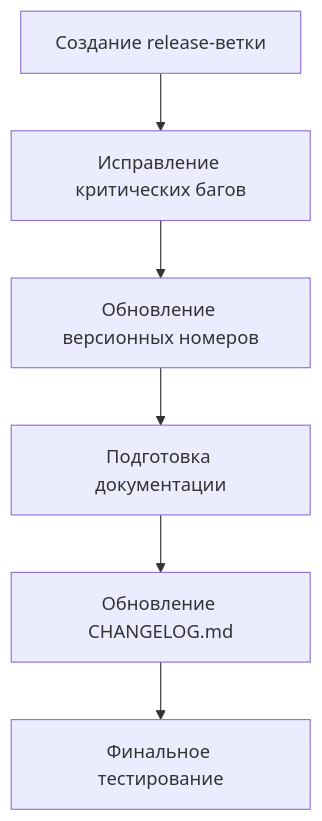
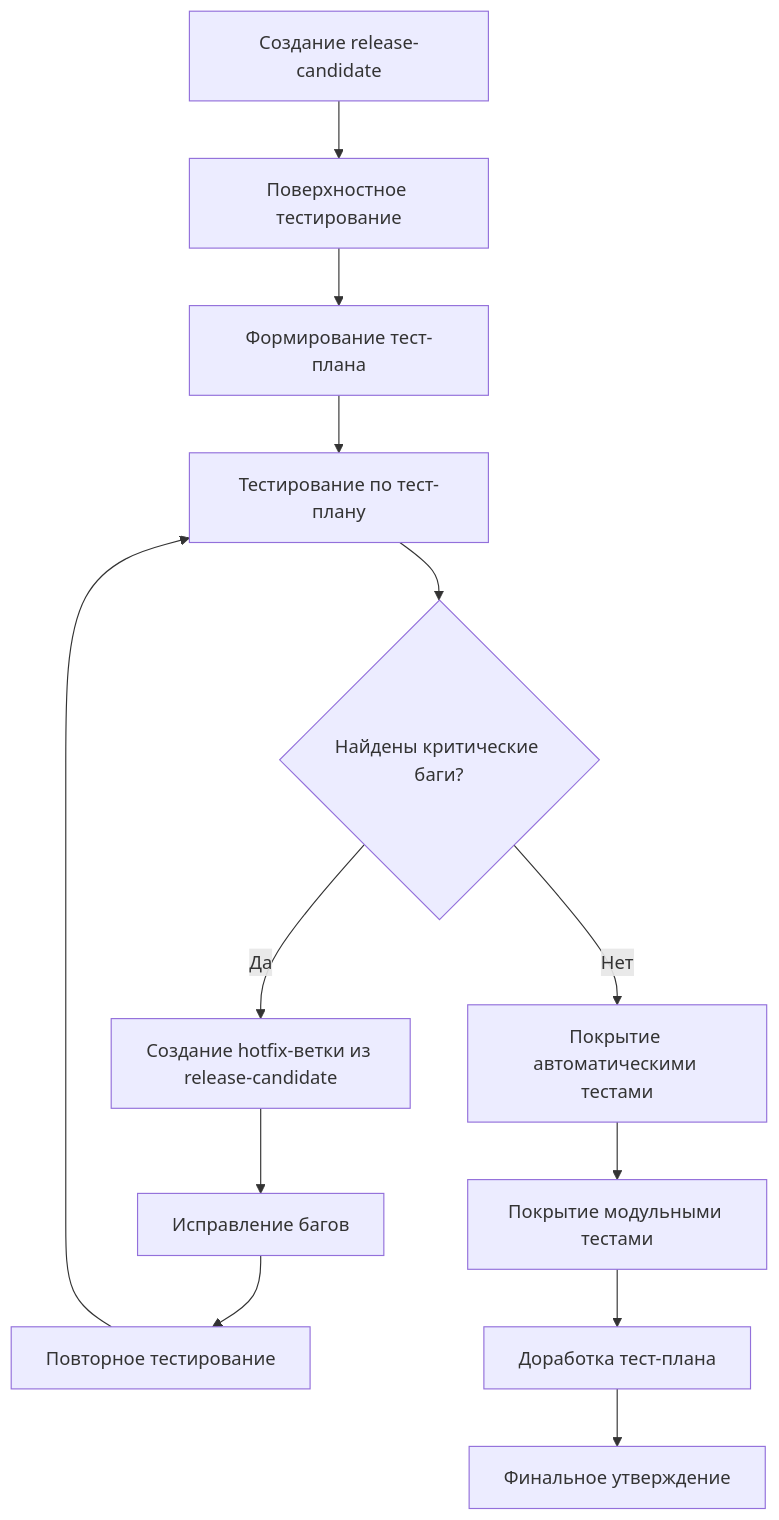
One commit to manndarinchik/program-engineering changed the second of 3 diagrams in 8.Процессов_и_требований_формирования_выпусков_версий_процедура_развёртывания_релизов.md. Above: the diagram before and after it, drawn with Mermaid. The commit also changed other lines of this file, not shown here.

````diff
--- a/8.Процессов_и_требований_формирования_выпусков_версий_процедура_развёртывания_релизов.md
+++ b/8.Процессов_и_требований_формирования_выпусков_версий_процедура_развёртывания_релизов.md
@@ -62,8 +115,15 @@
 ```mermaid
 flowchart TD
-    A[Создание release-ветки] --> B[Исправление критических багов]
-    B --> C[Обновление версионных номеров]
-    C --> D[Подготовка документации]
-    D --> E[Обновление CHANGELOG.md]
-    E --> F[Финальное тестирование]
+    A[Создание release-candidate] --> B[Поверхностное тестирование]
+    B --> C[Формирование тест-плана]
+    C --> D[Тестирование по тест-плану]
+    D --> E{Найдены критические баги?}
+    E -->|Да| F[Создание hotfix-ветки из release-candidate]
+    E -->|Нет| G[Покрытие автоматическими тестами]
+    F --> H[Исправление багов]
+    H --> I[Повторное тестирование]
+    I --> D
+    G --> J[Покрытие модульными тестами]
+    J --> K[Доработка тест-плана]
+    K --> L[Финальное утверждение]
 ```
````
